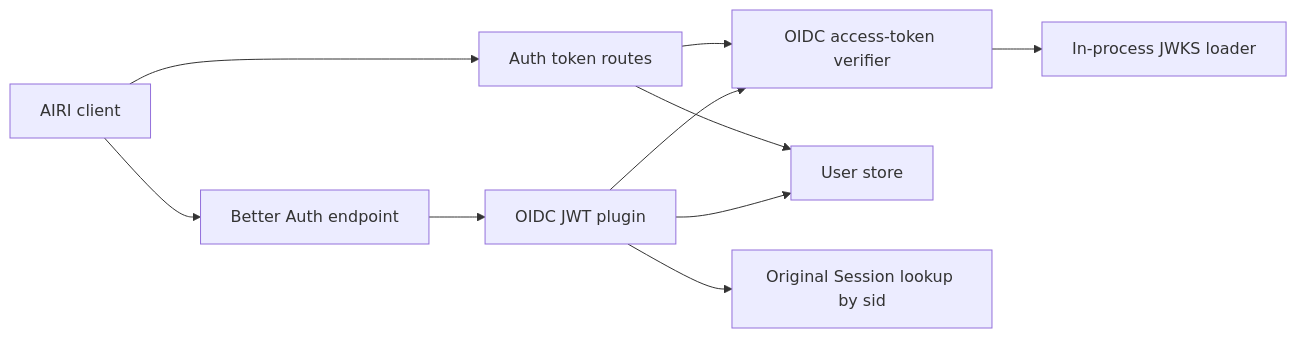
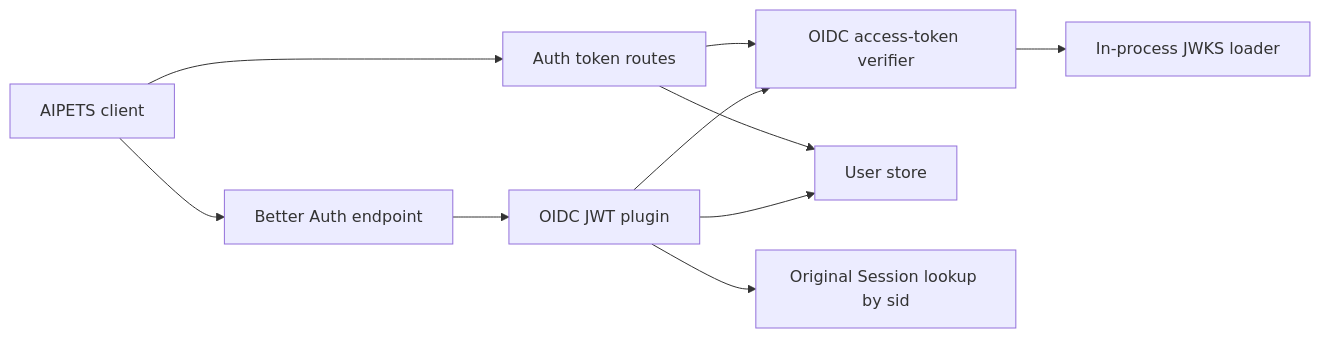
Before and after one commit to kallen-noelle/AIPets: the first of 2 diagrams in server/docs/ai/adr/2026-09-20-oidc-jwt-session-boundary.md, drawn with Mermaid. The commit also changed other lines of this file and 55 other files, not shown here.

Commit message:
refactor(server): rename airi to aipets in auth and shared server packages

````diff
--- a/server/docs/ai/adr/2026-09-20-oidc-jwt-session-boundary.md
+++ b/server/docs/ai/adr/2026-09-20-oidc-jwt-session-boundary.md
@@ -72,12 +72,12 @@
 ```mermaid
 flowchart LR
-  Client[AIRI client] --> Routes[Auth token routes]
+  Client[AIPETS client] --> Routes[Auth token routes]
   Client --> BetterAuth[Better Auth endpoint]
   Routes --> Verifier[OIDC access-token verifier]
   BetterAuth --> Plugin[OIDC JWT plugin]
   Plugin --> Verifier
   Verifier --> JWKS[In-process JWKS loader]
   Routes --> User[User store]
   Plugin --> User
   Plugin --> Session[Original Session lookup by sid]
 ```
````
